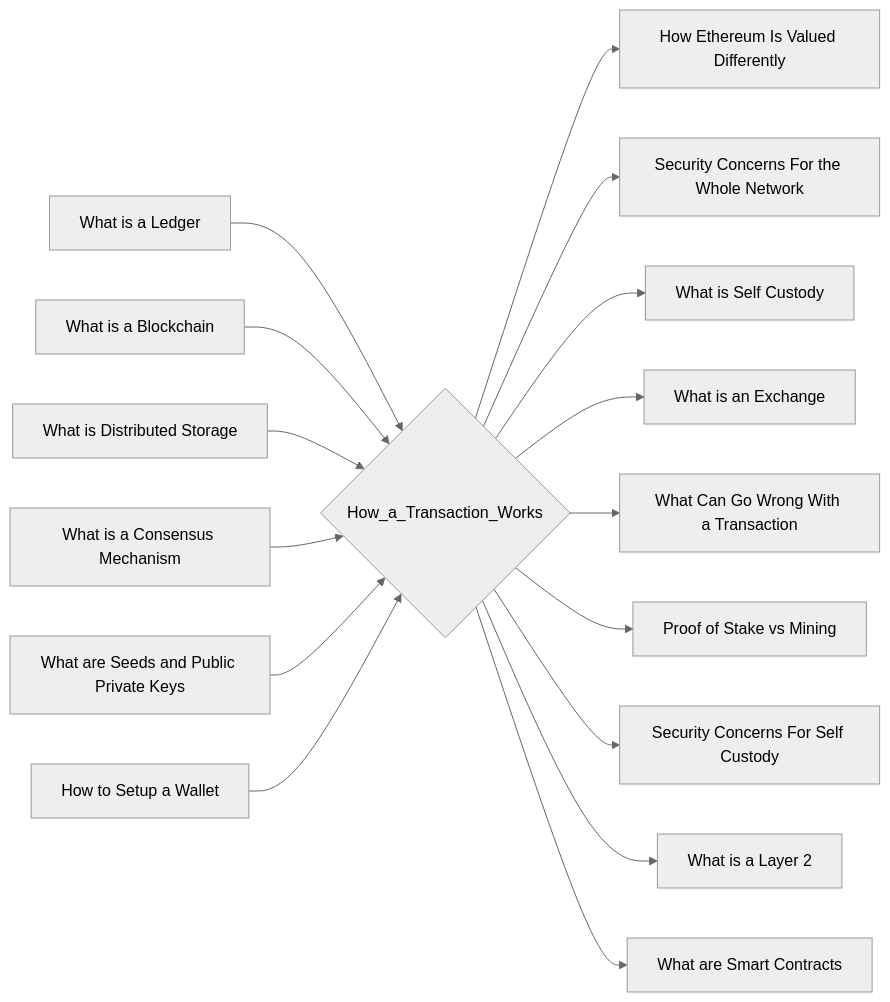
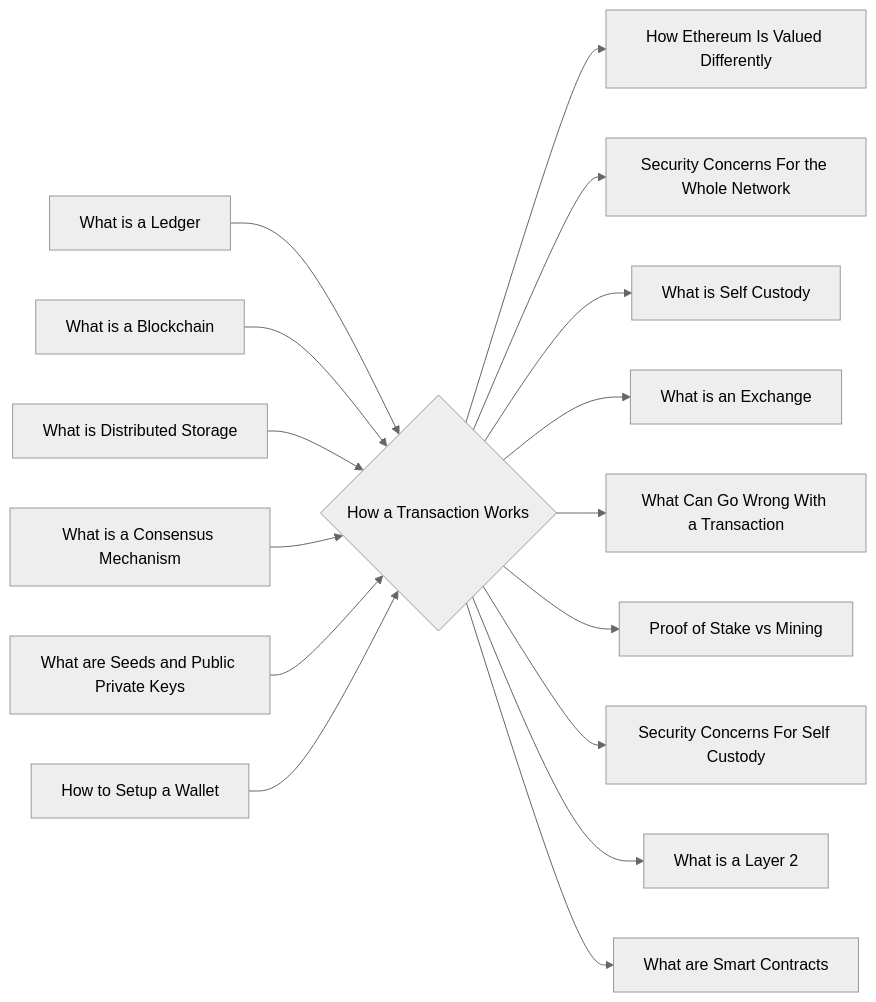
The diagram in notes/How_a_Transaction_Works.md (lpurdy01/crypto-knowledge-map), drawn with Mermaid (neutral theme) before and after one commit. The commit also changed 58 other files, not shown here.

````diff
--- a/notes/How_a_Transaction_Works.md
+++ b/notes/How_a_Transaction_Works.md
@@ -21,18 +21,18 @@
 ```mermaid
 graph LR
-1["What is a Ledger"]-->0{"How_a_Transaction_Works"}
-2["What is a Blockchain"]-->0{"How_a_Transaction_Works"}
-3["What is Distributed Storage"]-->0{"How_a_Transaction_Works"}
-4["What is a Consensus Mechanism"]-->0{"How_a_Transaction_Works"}
-5["What are Seeds and Public Private Keys"]-->0{"How_a_Transaction_Works"}
-6["How to Setup a Wallet"]-->0{"How_a_Transaction_Works"}
-0{"How_a_Transaction_Works"}-->7["How Ethereum Is Valued Differently"]
-0{"How_a_Transaction_Works"}-->8["Security Concerns For the Whole Network"]
-0{"How_a_Transaction_Works"}-->9["What is Self Custody"]
-0{"How_a_Transaction_Works"}-->10["What is an Exchange"]
-0{"How_a_Transaction_Works"}-->11["What Can Go Wrong With a Transaction"]
-0{"How_a_Transaction_Works"}-->12["Proof of Stake vs Mining"]
-0{"How_a_Transaction_Works"}-->13["Security Concerns For Self Custody"]
-0{"How_a_Transaction_Works"}-->14["What is a Layer 2"]
-0{"How_a_Transaction_Works"}-->15["What are Smart Contracts"]
+1["What is a Ledger"]-->0{"How a Transaction Works"}
+2["What is a Blockchain"]-->0{"How a Transaction Works"}
+3["What is Distributed Storage"]-->0{"How a Transaction Works"}
+4["What is a Consensus Mechanism"]-->0{"How a Transaction Works"}
+5["What are Seeds and Public Private Keys"]-->0{"How a Transaction Works"}
+6["How to Setup a Wallet"]-->0{"How a Transaction Works"}
+0{"How a Transaction Works"}-->7["How Ethereum Is Valued Differently"]
+0{"How a Transaction Works"}-->8["Security Concerns For the Whole Network"]
+0{"How a Transaction Works"}-->9["What is Self Custody"]
+0{"How a Transaction Works"}-->10["What is an Exchange"]
+0{"How a Transaction Works"}-->11["What Can Go Wrong With a Transaction"]
+0{"How a Transaction Works"}-->12["Proof of Stake vs Mining"]
+0{"How a Transaction Works"}-->13["Security Concerns For Self Custody"]
+0{"How a Transaction Works"}-->14["What is a Layer 2"]
+0{"How a Transaction Works"}-->15["What are Smart Contracts"]
 ```
````
